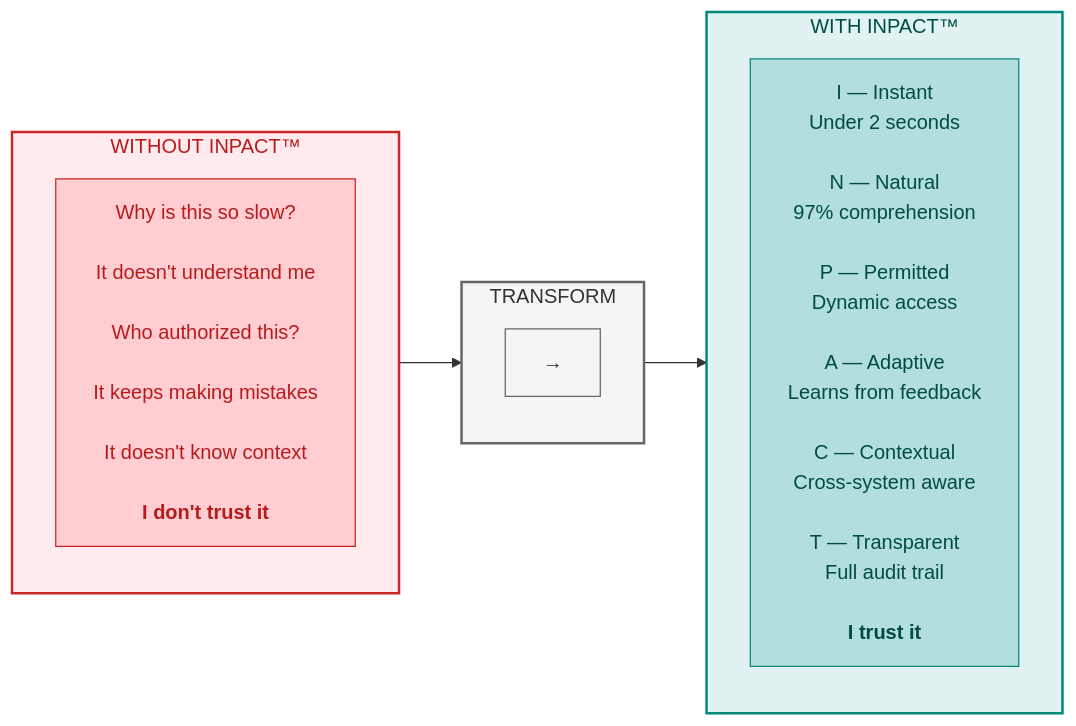
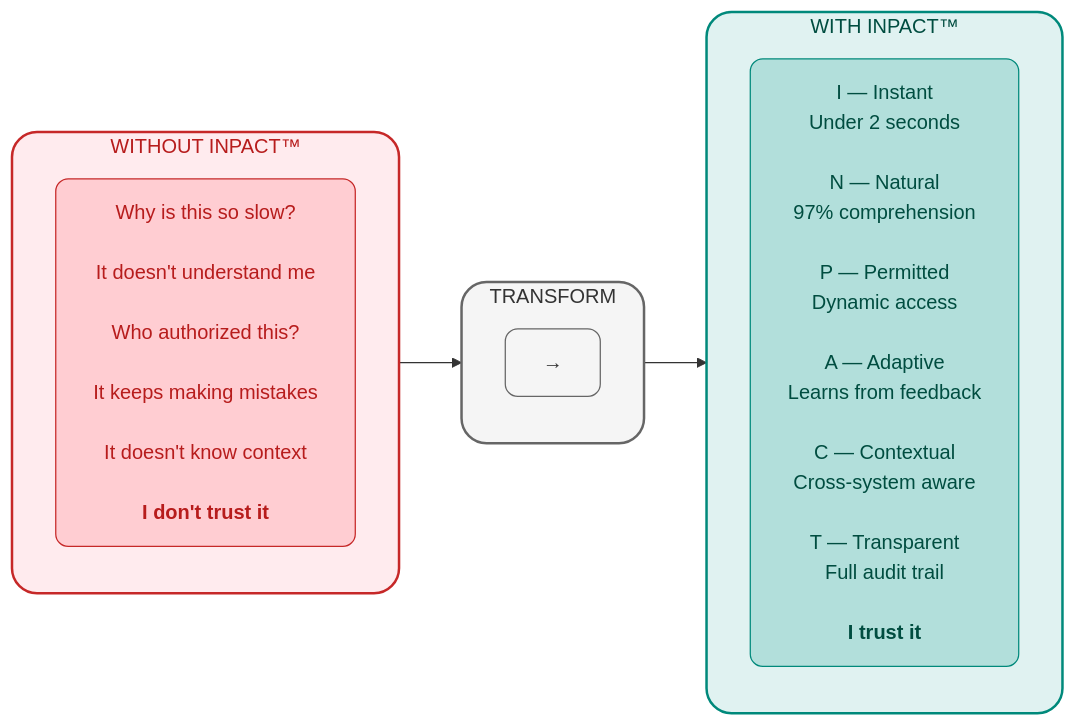
Before and after one commit to saitejesh-cyber/trust-before-intelligence-book: the first of 12 diagrams in manuscript/03_chapter_2_inpact_framework.md, drawn with Mermaid. The commit also changed other lines of this file, not shown here.

````diff
--- a/manuscript/03_chapter_2_inpact_framework.md
+++ b/manuscript/03_chapter_2_inpact_framework.md
@@ -23,29 +23,29 @@
 ```mermaid
 
 graph LR
     subgraph WITHOUT["WITHOUT INPACT™"]
         direction TB
         W1["Why is this so slow?<br/><br/>It doesn't understand me<br/><br/>Who authorized this?<br/><br/>It keeps making mistakes<br/><br/>It doesn't know context<br/><br/><b>I don't trust it</b>"]
     end
     
     subgraph TRANSFORM["TRANSFORM"]
         direction TB
         T1["→"]
     end
     
     subgraph WITH["WITH INPACT™"]
         direction TB
         I1["I — Instant<br/>Under 2 seconds<br/><br/>N — Natural<br/>97% comprehension<br/><br/>P — Permitted<br/>Dynamic access<br/><br/>A — Adaptive<br/>Learns from feedback<br/><br/>C — Contextual<br/>Cross-system aware<br/><br/>T — Transparent<br/>Full audit trail</br></br><b>I trust it</b>"]
     end
     
     WITHOUT --> TRANSFORM --> WITH
     
-    style WITHOUT fill:#ffebee,stroke:#c62828,stroke-width:2px,color:#b71c1c
-    style TRANSFORM fill:#f5f5f5,stroke:#666666,stroke-width:2px,color:#333333
-    style WITH fill:#e0f2f1,stroke:#00897b,stroke-width:2px,color:#004d40
-    style W1 fill:#ffcdd2,stroke:#c62828,color:#b71c1c
-    style T1 fill:#f5f5f5,stroke:#666666,color:#333333
-    style I1 fill:#b2dfdb,stroke:#00897b,color:#004d40
+    style WITHOUT fill:#ffebee,stroke:#c62828,stroke-width:2px,color:#b71c1c,rx:2O,ry:20
+    style TRANSFORM fill:#f5f5f5,stroke:#666666,stroke-width:2px,color:#333333,rx:2O,ry:20
+    style WITH fill:#e0f2f1,stroke:#00897b,stroke-width:2px,color:#004d40,rx:2O,ry:20
+    style W1 fill:#ffcdd2,stroke:#c62828,color:#b71c1c,rx:1O,ry:10
+    style T1 fill:#f5f5f5,stroke:#666666,color:#333333,rx:1O,ry:10
+    style I1 fill:#b2dfdb,stroke:#00897b,color:#004d40,rx:1O,ry:10
     
 
 ```
````
